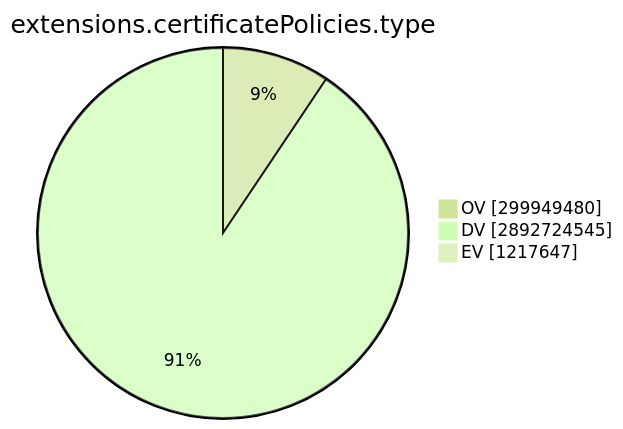
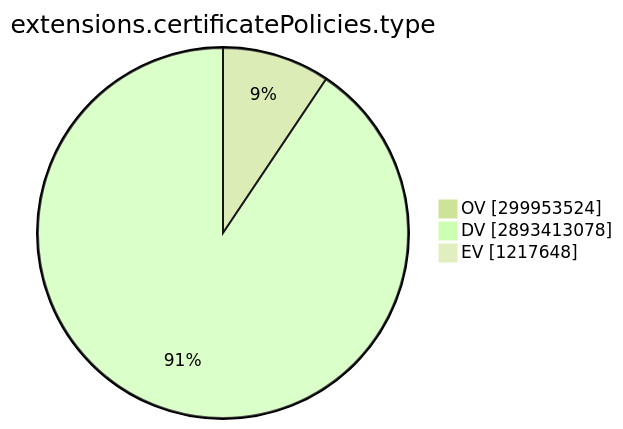
Before and after one commit to christiankrug/ctmonitor_visualization: the ninth of 15 diagrams in TOTAL/README.md, drawn with Mermaid (forest theme). The commit also changed other lines of this file, not shown here.

````diff
--- a/TOTAL/README.md
+++ b/TOTAL/README.md
@@ -3101,7 +3101,7 @@
 ```mermaid
 pie showData
 title extensions.certificatePolicies.type
-"OV" :299949480
-"DV" :2892724545
-"EV" :1217647
+"OV" :299953524
+"DV" :2893413078
+"EV" :1217648
 ```
````
